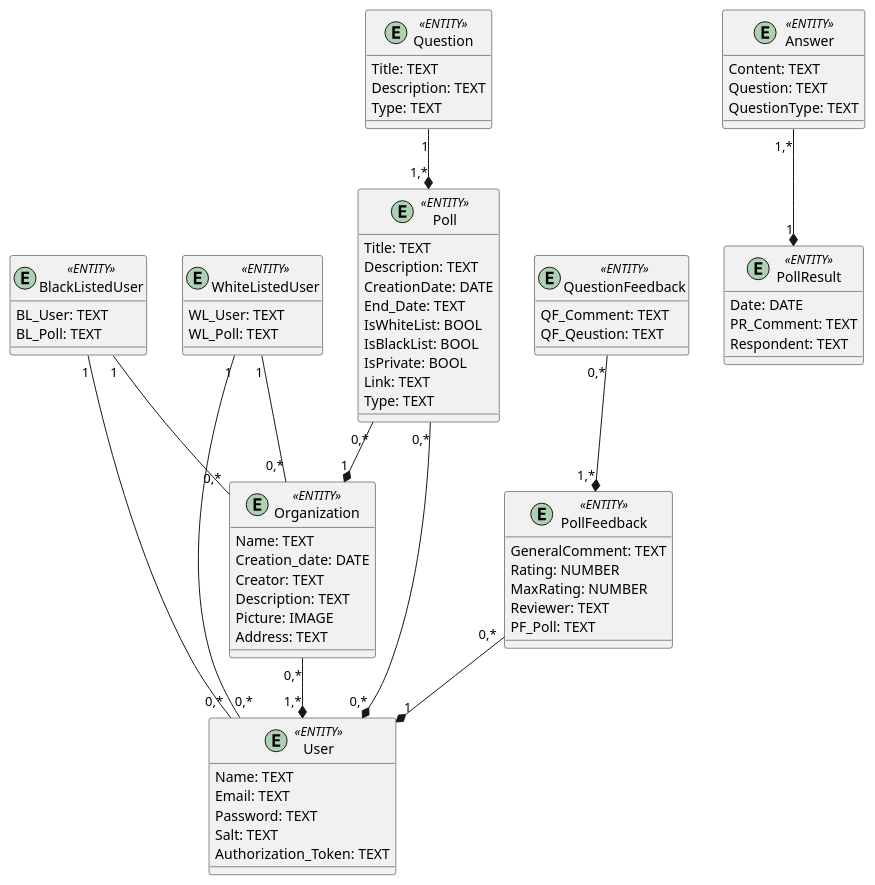
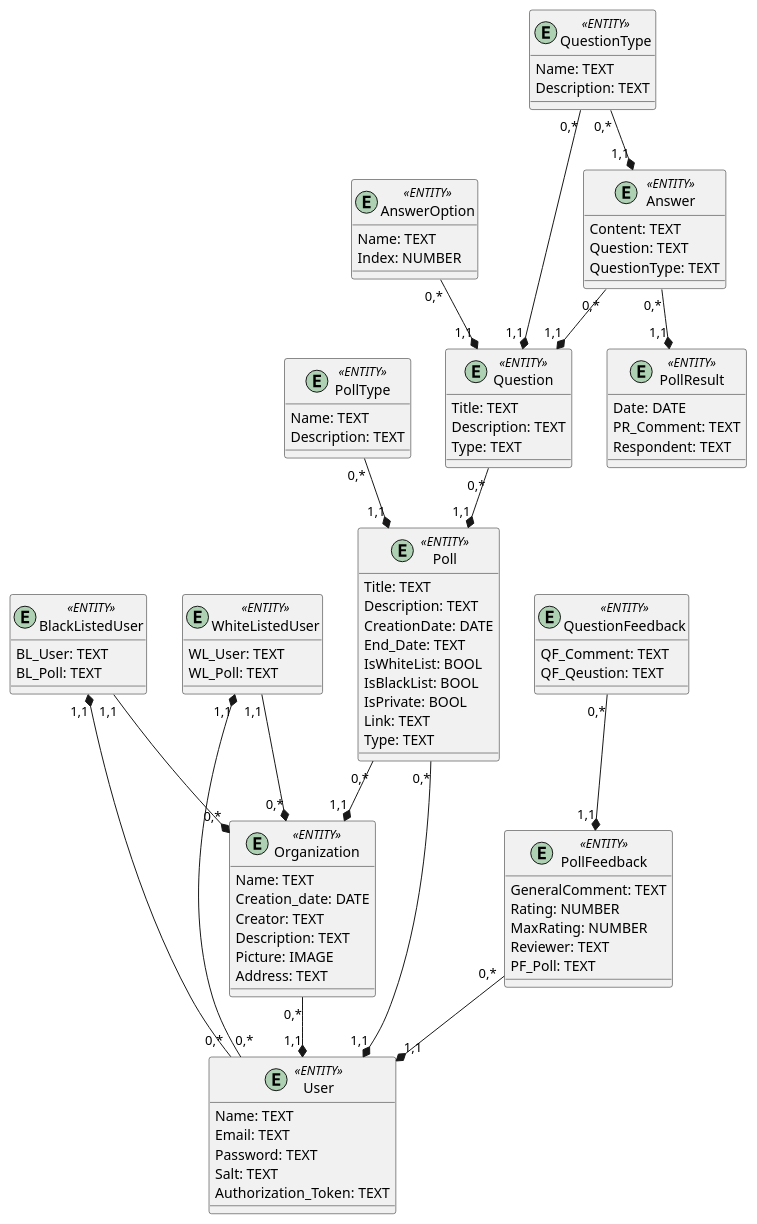
The second of 2 diagrams in docs/design/README.md (danilbezus/survey-expert), drawn with PlantUML before and after one commit.

```diff
--- a/docs/design/README.md
+++ b/docs/design/README.md
@@ -171,6 +171,11 @@
     Description: TEXT
     Picture: IMAGE
     Address: TEXT
+}
+
+entity PollType <<ENTITY>>{
+    Name: TEXT
+    Description: TEXT
 }
 
 entity BlackListedUser <<ENTITY>>{
@@ -195,6 +200,15 @@
     Type: TEXT
 }
 
+entity QuestionType <<ENTITY>>{
+    Name: TEXT
+    Description: TEXT
+}
+
+entity AnswerOption <<ENTITY>>{
+    Name: TEXT
+    Index: NUMBER
+}
 entity Question <<ENTITY>>{
     Title: TEXT
     Description: TEXT
@@ -226,24 +240,29 @@
     PF_Poll: TEXT
 }
 
-Poll "0,*"--*"0,*" User
-Organization "0,*"--*"1,*" User
-PollFeedback "0,*"--*"1" User
+Poll "0,*"--*"1,1" User
+Organization "0,*"--*"1,1" User
+PollFeedback "0,*"--*"1,1" User
 
-Poll "0,*"--*"1" Organization
+Poll "0,*"--*"1,1" Organization
 
-BlackListedUser "1"--"0,*" User
-BlackListedUser "1"--"0,*" Organization
+BlackListedUser "1,1"*--"0,*" User
+BlackListedUser "1,1"--*"0,*" Organization
 
-WhiteListedUser "1"--"0,*" User
-WhiteListedUser "1"--"0,*" Organization
+WhiteListedUser "1,1"*--"0,*" User
+WhiteListedUser "1,1"--*"0,*" Organization
 
 
-Question "1"--*"1,*" Poll
+Question "0,*"--*"1,1" Poll
 
-Answer "1,*"--*"1" PollResult
+Answer "0,*"--*"1,1" Question
+Answer "0,*"--*"1,1" PollResult
 
+AnswerOption "0,*"--*"1,1" Question
+PollType "0,*"-d-*"1,1" Poll
+QuestionType "0,*"--*"1,1" Question
+QuestionType "0,*"--*"1,1" Answer
 
-QuestionFeedback "0,*"--*"1,*" PollFeedback
+QuestionFeedback "0,*"--*"1,1" PollFeedback
 
 @enduml
```
